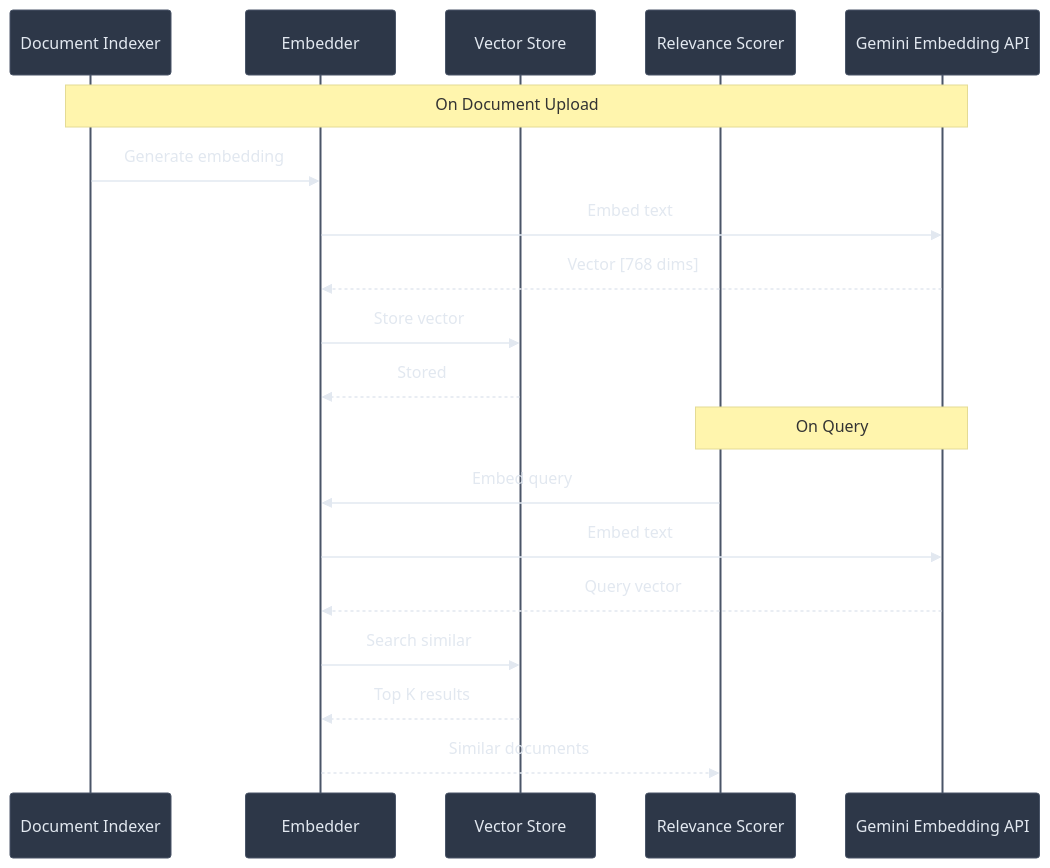
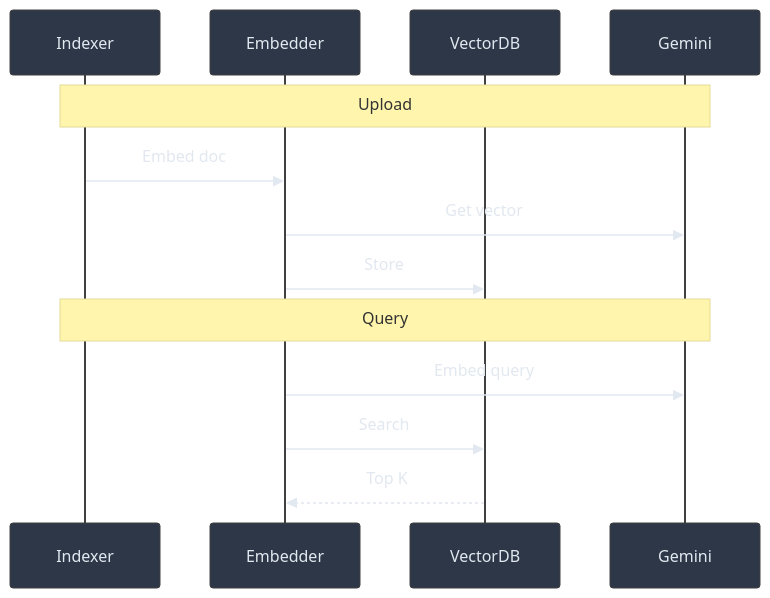
Before and after one commit to manumishra-zm/execution_plan: diagram 12 of 17 in chat_context/chat_context.md, drawn with Mermaid. The commit also changed other lines of this file, not shown here.

````diff
--- a/chat_context/chat_context.md
+++ b/chat_context/chat_context.md
@@ -678,24 +429,16 @@
 ```mermaid
-%%{init: {'theme': 'base', 'themeVariables': { 'primaryColor': '#4a5568', 'primaryTextColor': '#e2e8f0', 'lineColor': '#a0aec0', 'actorTextColor': '#e2e8f0', 'actorBkg': '#2d3748', 'actorBorder': '#4a5568'}}}%%
+%%{init: {'theme': 'base', 'themeVariables': { 'primaryColor': '#4a5568', 'primaryTextColor': '#e2e8f0', 'lineColor': '#a0aec0', 'actorBkg': '#2d3748'}}}%%
 sequenceDiagram
-    participant IDX as Document Indexer
+    participant IDX as Indexer
     participant EMB as Embedder
-    participant VS as Vector Store
-    participant RS as Relevance Scorer
-    participant API as Gemini Embedding API
-
-    Note over IDX,API: On Document Upload
-    IDX->>EMB: Generate embedding
-    EMB->>API: Embed text
-    API-->>EMB: Vector [768 dims]
-    EMB->>VS: Store vector
-    VS-->>EMB: Stored
-
-    Note over RS,API: On Query
-    RS->>EMB: Embed query
-    EMB->>API: Embed text
-    API-->>EMB: Query vector
-    EMB->>VS: Search similar
-    VS-->>EMB: Top K results
-    EMB-->>RS: Similar documents
+    participant VS as VectorDB
+    participant API as Gemini
+    Note over IDX,API: Upload
+    IDX->>EMB: Embed doc
+    EMB->>API: Get vector
+    EMB->>VS: Store
+    Note over IDX,API: Query
+    EMB->>API: Embed query
+    EMB->>VS: Search
+    VS-->>EMB: Top K
 ```
````
